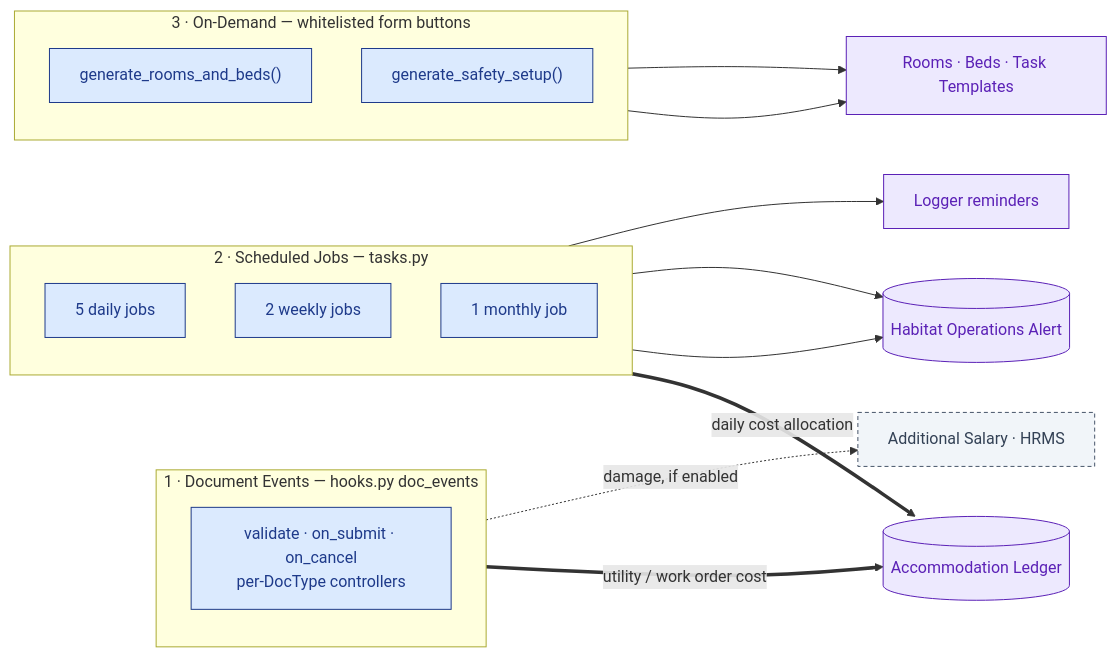
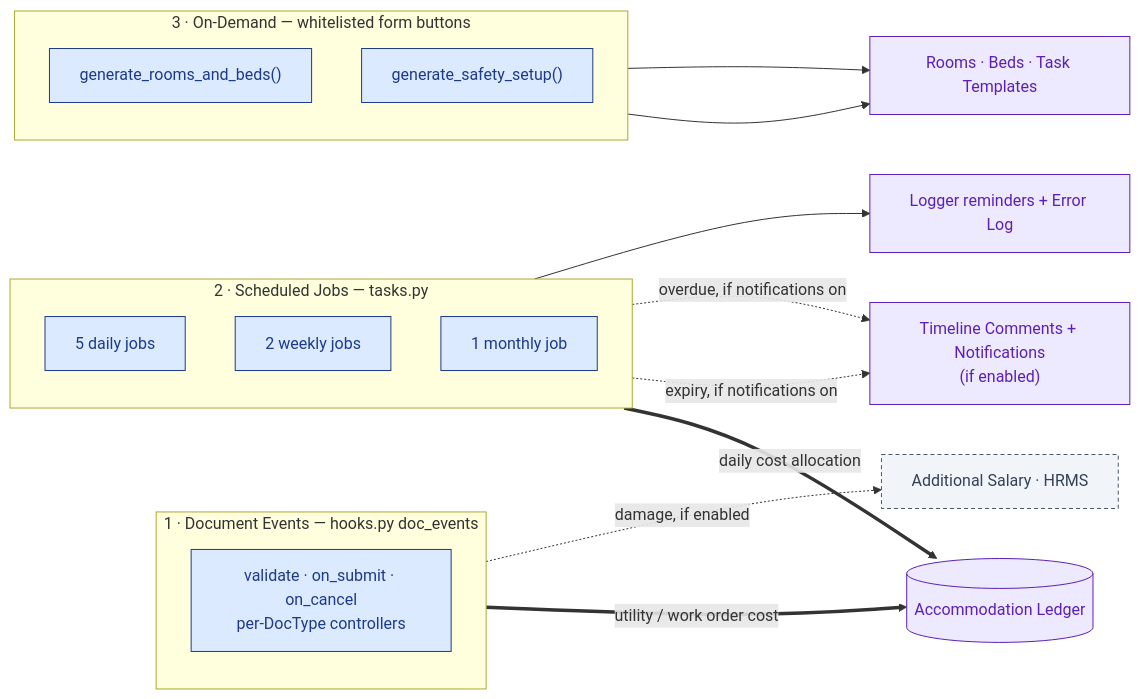
The third of 3 diagrams in README.md (iabodysa/apex), drawn with Mermaid before and after one commit. The commit also changed other lines of this file and 3 other files, not shown here.

First line of the commit message:
refactor(alerts): native notifications via timeline comments + settings toggle

````diff
--- a/README.md
+++ b/README.md
@@ -227,39 +227,39 @@
 ```mermaid
 flowchart LR
     subgraph DocEvents ["1 · Document Events — hooks.py doc_events"]
         direction TB
         D1["validate · on_submit · on_cancel<br/>per-DocType controllers"]:::engine
     end
 
     subgraph Scheduler ["2 · Scheduled Jobs — tasks.py"]
         direction TB
         S1["5 daily jobs"]:::engine
         S2["2 weekly jobs"]:::engine
         S3["1 monthly job"]:::engine
     end
 
     subgraph OnDemand ["3 · On-Demand — whitelisted form buttons"]
         direction TB
         O1["generate_rooms_and_beds()"]:::engine
         O2["generate_safety_setup()"]:::engine
     end
 
     Ledger[("Accommodation Ledger")]:::sink
-    Alert[("Habitat Operations Alert")]:::sink
+    Notices["Timeline Comments + Notifications<br/>(if enabled)"]:::sink
     AddSal["Additional Salary · HRMS"]:::ext
-    Log["Logger reminders"]:::sink
+    Log["Logger reminders + Error Log"]:::sink
     Made["Rooms · Beds · Task Templates"]:::sink
 
     D1 == "utility / work order cost" ==> Ledger
     D1 -. "damage, if enabled" .-> AddSal
     S1 == "daily cost allocation" ==> Ledger
-    S1 --> Alert
-    S2 --> Alert
+    S1 -. "expiry, if notifications on" .-> Notices
+    S2 -. "overdue, if notifications on" .-> Notices
     S3 --> Log
     O1 --> Made
     O2 --> Made
 
     classDef engine fill:#dbeafe,stroke:#1e3a8a,color:#1e3a8a;
     classDef sink fill:#ede9fe,stroke:#5b21b6,color:#5b21b6;
     classDef ext fill:#f1f5f9,stroke:#475569,color:#334155,stroke-dasharray:4 3;
 ```
````
